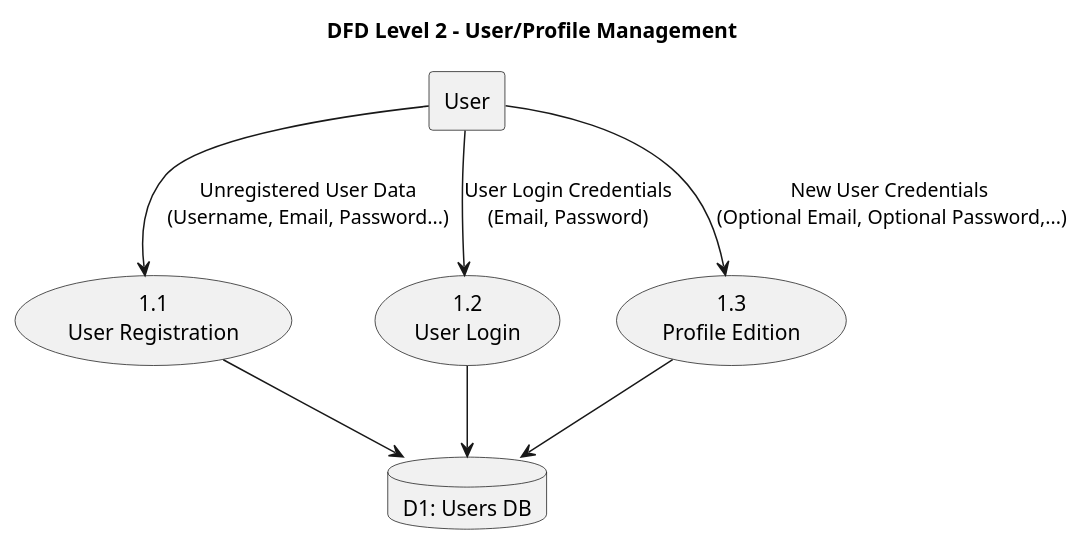
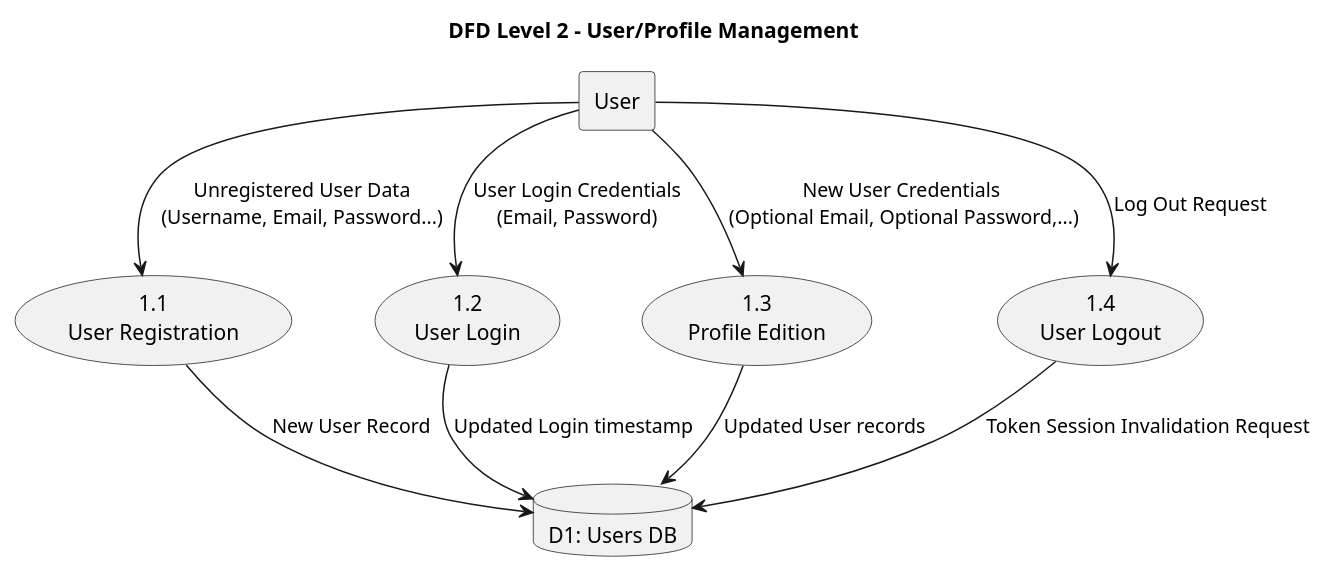
The third of 13 diagrams in DFD.md (IngSoft1-futbot/ProyectDoc-Ing-Soft2026), drawn with PlantUML before and after one commit. The commit also changed other lines of this file, not shown here.

Commit message:
Changes made to DFD

````diff
--- a/DFD.md
+++ b/DFD.md
@@ -56,17 +56,20 @@
 ```plantuml
 title "DFD Level 2 - User/Profile Management"
 
 rectangle "User" as User
 usecase "1.1\nUser Registration" as UC1
 usecase "1.2\nUser Login" as UC2
 usecase "1.3\nProfile Edition" as UC3
+usecase "1.4\nUser Logout" as UC4
 
 database "D1: Users DB" as DB
 
 User --> UC1 : Unregistered User Data\n(Username, Email, Password...)
 User --> UC2 : User Login Credentials\n(Email, Password)
 User --> UC3 : New User Credentials\n (Optional Email, Optional Password,...)
-UC1 --> DB
-UC2 --> DB
-UC3 --> DB
+User --> UC4 : Log Out Request
+UC1 --> DB : New User Record
+UC2 --> DB : Updated Login timestamp
+UC3 --> DB : Updated User records
+UC4 --> DB : Token Session Invalidation Request
 ```
````
